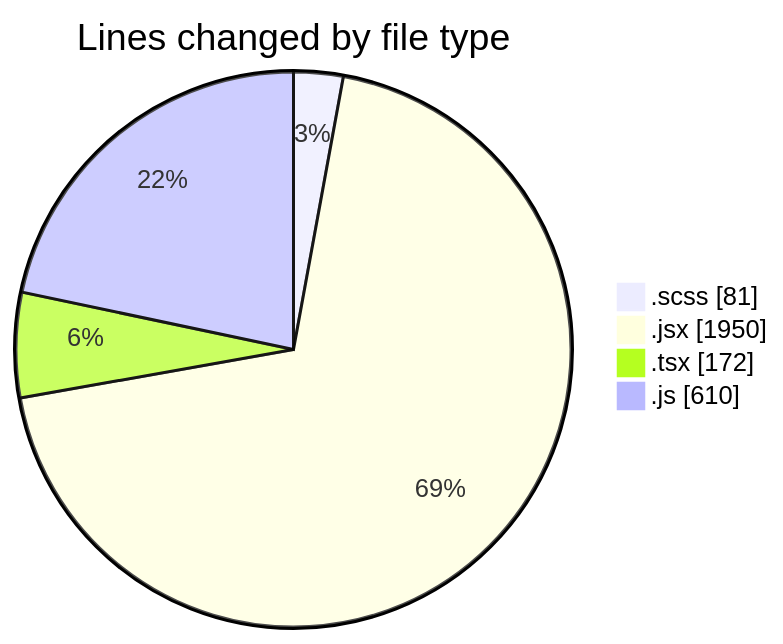
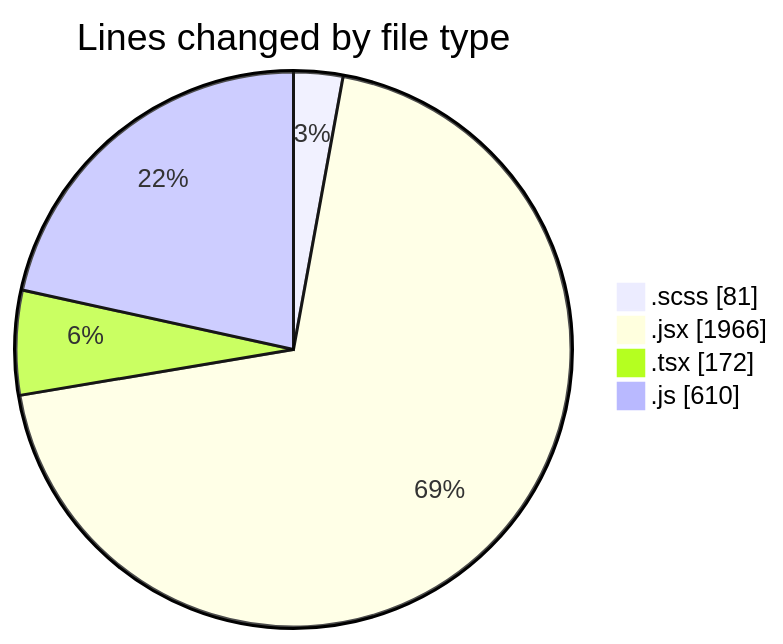
The first of 2 diagrams in 2025-06-03/cda/README.md (momahboobian/code-tracking), drawn with Mermaid before and after one commit. The commit also changed other lines of this file and 1 other file, not shown here.

````diff
--- a/2025-06-03/cda/README.md
+++ b/2025-06-03/cda/README.md
@@ -25,8 +25,8 @@
 ```mermaid
 pie showData
 title Lines changed by file type
 ".scss" : 81
-".jsx" : 1950
+".jsx" : 1966
 ".tsx" : 172
 ".js" : 610
 ```
````
